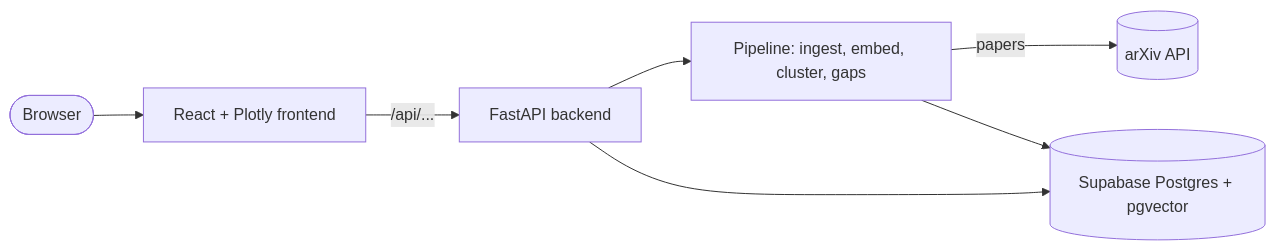
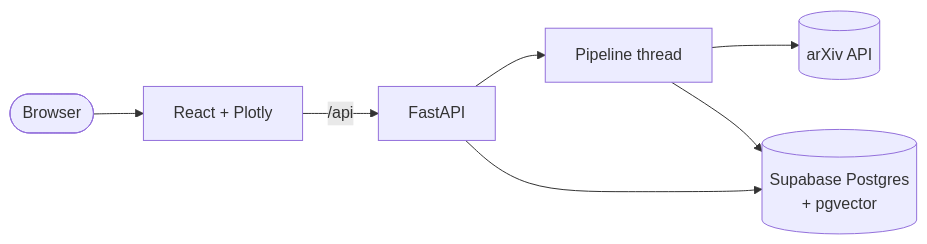
The second of 2 diagrams in explained.md (cchan083/whack-2026), drawn with Mermaid before and after one commit. The commit also changed other lines of this file and 1 other file, not shown here.

````diff
--- a/explained.md
+++ b/explained.md
@@ -18,8 +87,6 @@
 ```mermaid
 flowchart LR
-    user([Browser]) --> fe[React + Plotly frontend]
-    fe -- "/api/..." --> api[FastAPI backend]
-    api --> pipe[Pipeline: ingest, embed, cluster, gaps]
-    pipe -- papers --> arxiv[(arXiv API)]
-    api & pipe --> db[(Supabase Postgres + pgvector)]
+    U([Browser]) --> FE[React + Plotly] -->|/api| API[FastAPI]
+    API --> P[Pipeline thread] --> AX[(arXiv API)]
+    API & P --> DB[(Supabase Postgres<br/>+ pgvector)]
 ```
````
